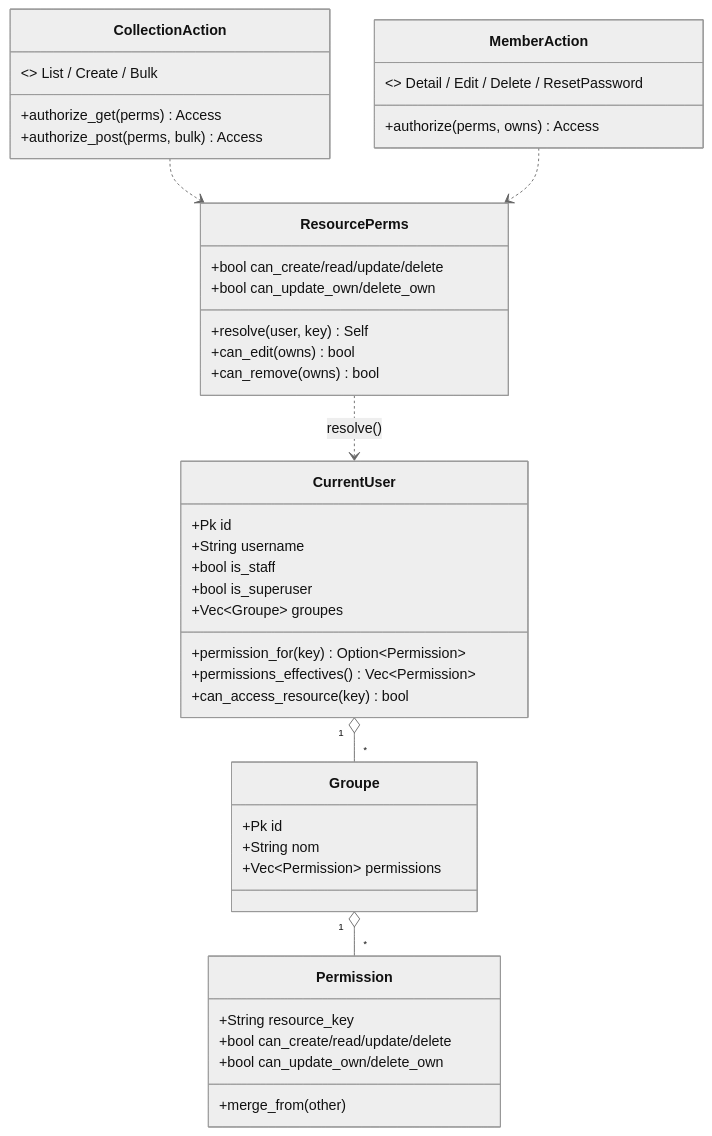
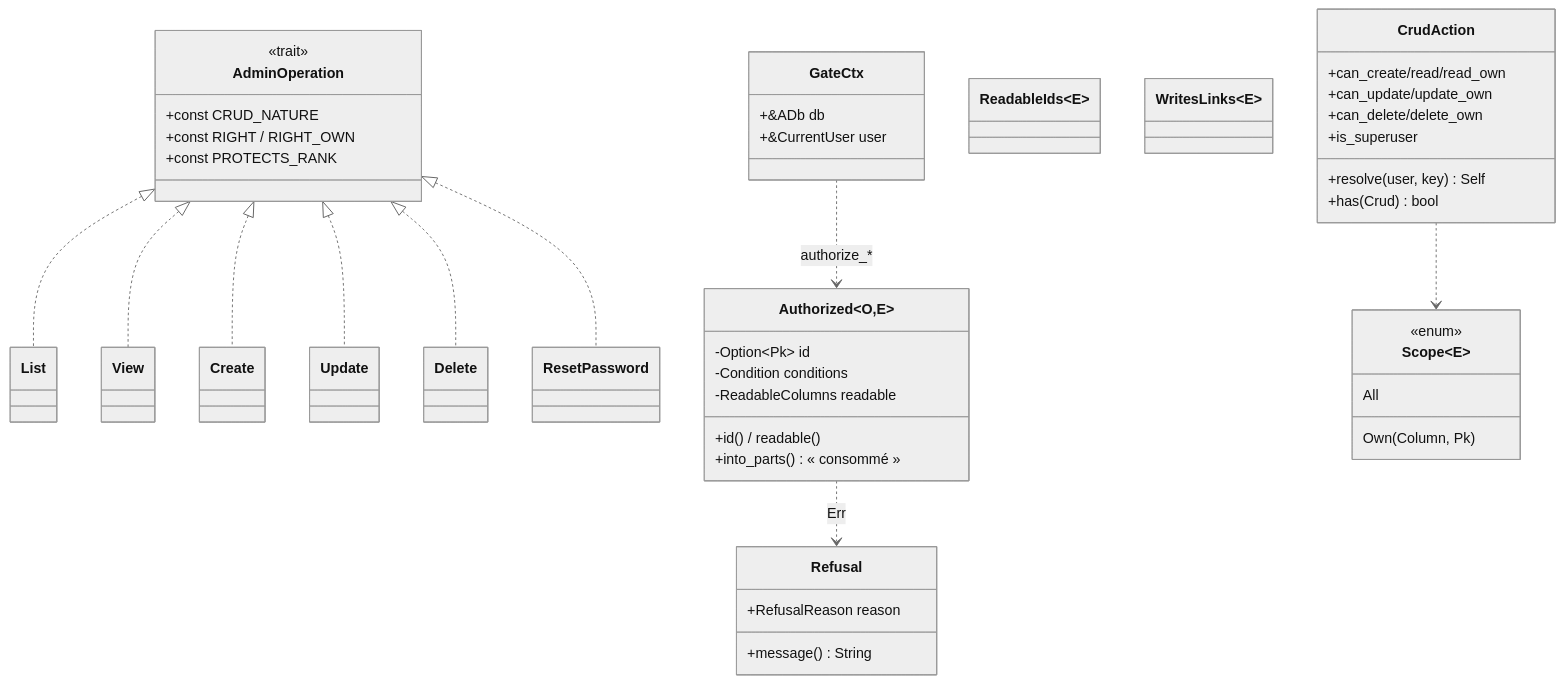
Before and after one commit to seb-alliot/runique: the third of 6 diagrams in diagramme/uml/admin/admin-resource-permissions.md, drawn with Mermaid (neutral theme). The commit also changed other lines of this file and 36 other files, not shown here.

````diff
--- a/diagramme/uml/admin/admin-resource-permissions.md
+++ b/diagramme/uml/admin/admin-resource-permissions.md
@@ -81,45 +127,54 @@
 ```mermaid
 classDiagram
-    class CurrentUser {
-        +Pk id
-        +String username
-        +bool is_staff
-        +bool is_superuser
-        +Vec~Groupe~ groupes
-        +permission_for(key) Option~Permission~
-        +permissions_effectives() Vec~Permission~
-        +can_access_resource(key) bool
+    class GateCtx {
+        +&ADb db
+        +&CurrentUser user
     }
-    class Groupe {
-        +Pk id
-        +String nom
-        +Vec~Permission~ permissions
+    class AdminOperation {
+        <<trait>>
+        +const CRUD_NATURE
+        +const RIGHT / RIGHT_OWN
+        +const PROTECTS_RANK
     }
-    class Permission {
-        +String resource_key
-        +bool can_create/read/update/delete
-        +bool can_update_own/delete_own
-        +merge_from(other)
+    class List
+    class View
+    class Create
+    class Update
+    class Delete
+    class ResetPassword
+    class Authorized~O,E~ {
+        -Option~Pk~ id
+        -Condition conditions
+        -ReadableColumns readable
+        +id() / readable()
+        +into_parts()  « consommé »
     }
-    class ResourcePerms {
-        +bool can_create/read/update/delete
-        +bool can_update_own/delete_own
+    class ReadableIds~E~
+    class WritesLinks~E~
+    class Refusal {
+        +RefusalReason reason
+        +message() String
+    }
+    class CrudAction {
+        +can_create/read/read_own
+        +can_update/update_own
+        +can_delete/delete_own
+        +is_superuser
         +resolve(user, key) Self
-        +can_edit(owns) bool
-        +can_remove(owns) bool
+        +has(Crud) bool
     }
-    class CollectionAction {
-        <<enum>> List / Create / Bulk
-        +authorize_get(perms) Access
-        +authorize_post(perms, bulk) Access
+    class Scope~E~ {
+        <<enum>>
+        All
+        Own(Column, Pk)
     }
-    class MemberAction {
-        <<enum>> Detail / Edit / Delete / ResetPassword
-        +authorize(perms, owns) Access
-    }
-    CurrentUser "1" o-- "*" Groupe
-    Groupe "1" o-- "*" Permission
-    ResourcePerms ..> CurrentUser : resolve()
-    CollectionAction ..> ResourcePerms
-    MemberAction ..> ResourcePerms
+    AdminOperation <|.. List
+    AdminOperation <|.. View
+    AdminOperation <|.. Create
+    AdminOperation <|.. Update
+    AdminOperation <|.. Delete
+    AdminOperation <|.. ResetPassword
+    GateCtx ..> Authorized : authorize_*
+    Authorized ..> Refusal : Err
+    CrudAction ..> Scope
 ```
````
